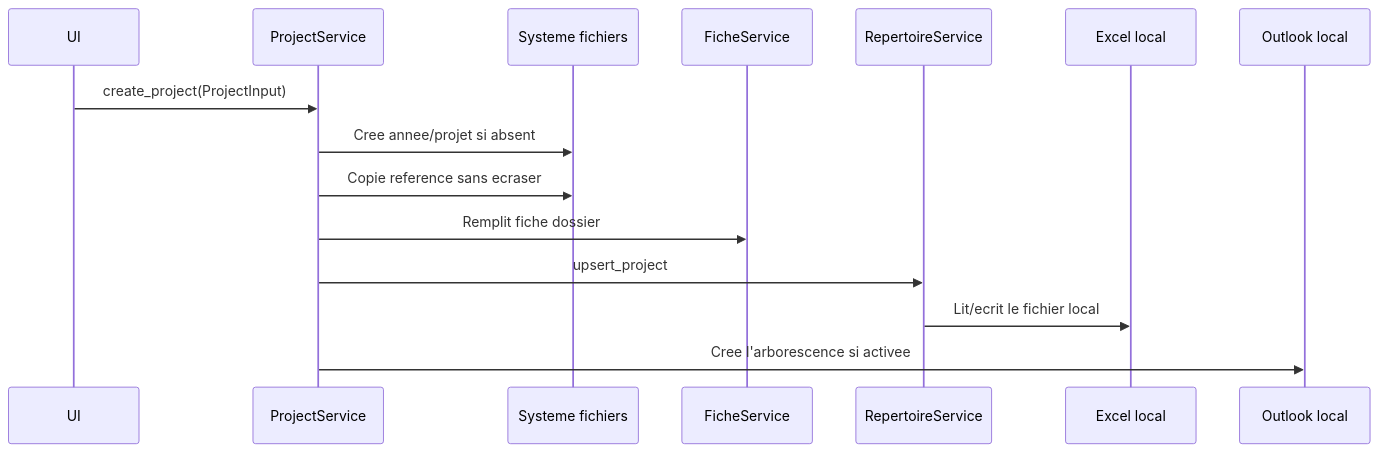
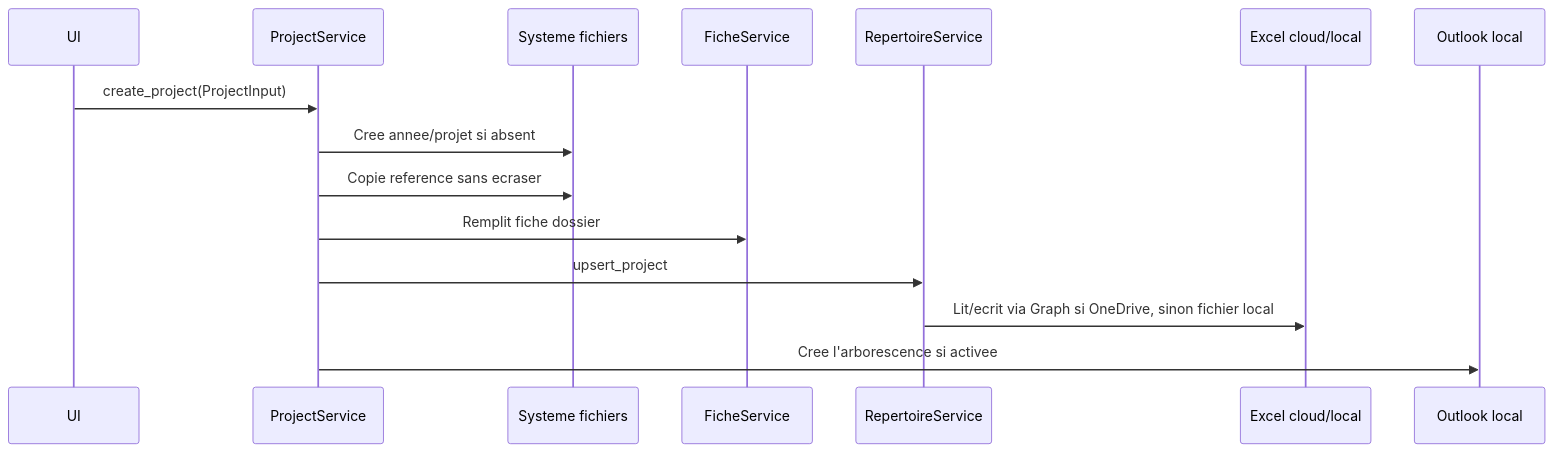
The third of 4 diagrams in docs/architecture.md (LionelMds/projectflow-automator), drawn with Mermaid before and after one commit. The commit also changed other lines of this file and 35 other files, not shown here.

````diff
--- a/docs/architecture.md
+++ b/docs/architecture.md
@@ -33,18 +34,18 @@
 ```mermaid
 sequenceDiagram
   participant UI as UI
   participant Service as ProjectService
   participant FS as Systeme fichiers
   participant Fiche as FicheService
   participant Rep as RepertoireService
-  participant Excel as Excel local
+  participant Excel as Excel cloud/local
   participant Outlook as Outlook local
 
   UI->>Service: create_project(ProjectInput)
   Service->>FS: Cree annee/projet si absent
   Service->>FS: Copie reference sans ecraser
   Service->>Fiche: Remplit fiche dossier
   Service->>Rep: upsert_project
-  Rep->>Excel: Lit/ecrit le fichier local
+  Rep->>Excel: Lit/ecrit via Graph si OneDrive, sinon fichier local
   Service->>Outlook: Cree l'arborescence si activee
 ```
````
